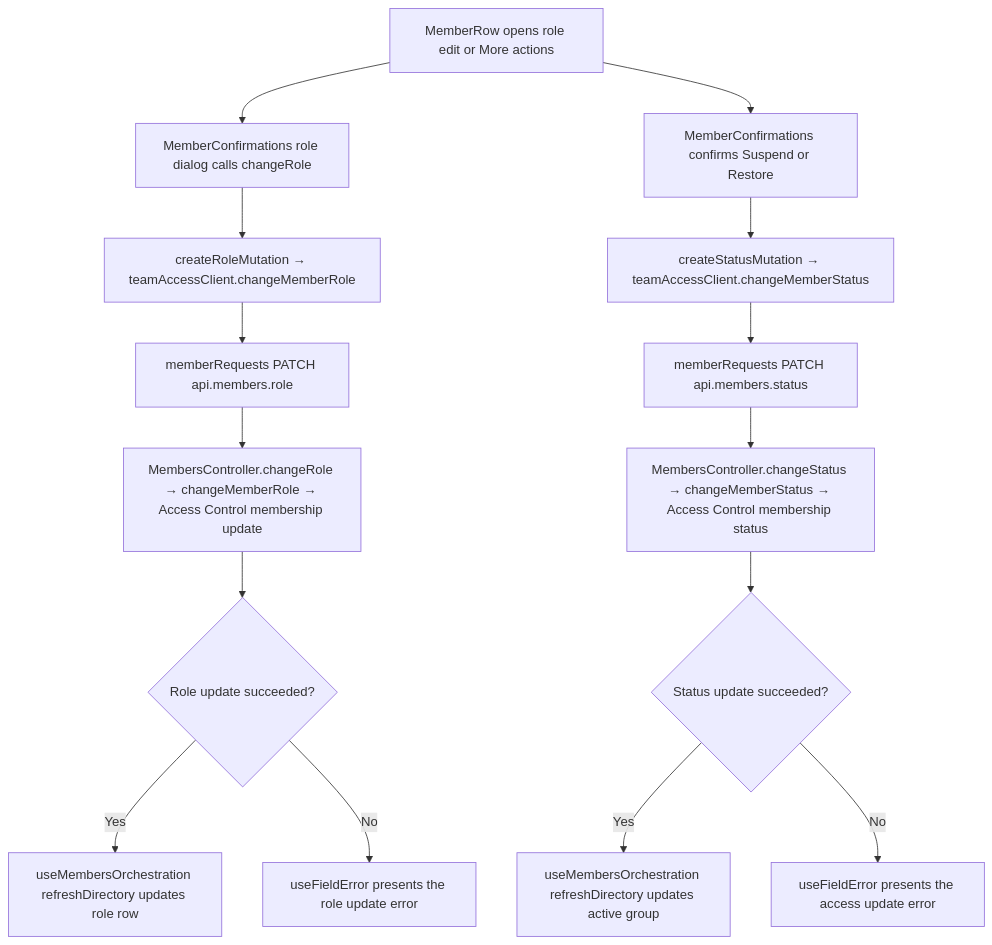
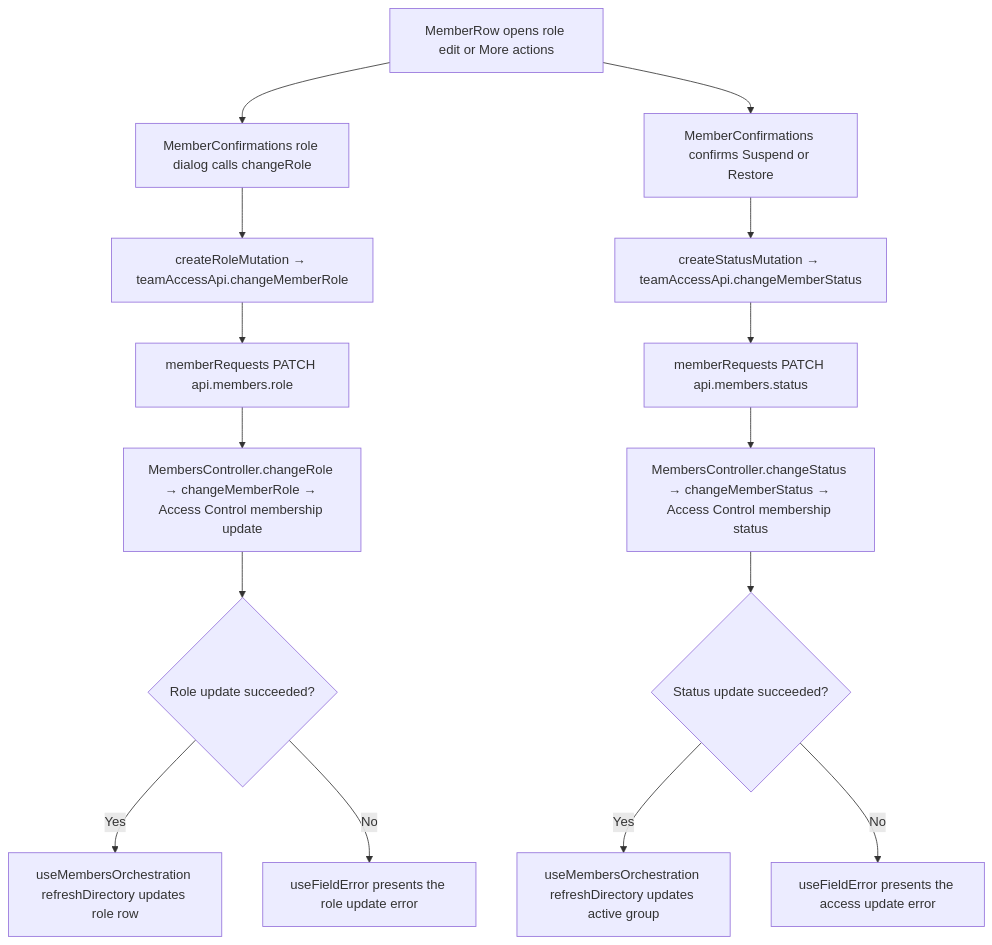
The second of 2 diagrams in user-stories/team/US-TEAM-06-change-membership.md (Kevinjohn/capacitylens), drawn with Mermaid before and after one commit. The commit also changed other lines of this file and 79 other files, not shown here.

First line of the commit message:
Client to Api: rename the typed HTTP modules

````diff
--- a/user-stories/team/US-TEAM-06-change-membership.md
+++ b/user-stories/team/US-TEAM-06-change-membership.md
@@ -37,17 +37,17 @@
 ```mermaid
 flowchart TD
     Row["MemberRow opens role edit or More actions"] --> RoleDialog["MemberConfirmations role dialog calls changeRole"]
-    RoleDialog --> RoleMutation["createRoleMutation → teamAccessClient.changeMemberRole"]
+    RoleDialog --> RoleMutation["createRoleMutation → teamAccessApi.changeMemberRole"]
     RoleMutation --> RoleAPI["memberRequests PATCH api.members.role"]
     RoleAPI --> RoleServer["MembersController.changeRole → changeMemberRole → Access Control membership update"]
     RoleServer --> RoleResult{"Role update succeeded?"}
     RoleResult -->|"Yes"| RefreshRole["useMembersOrchestration refreshDirectory updates role row"]
     RoleResult -->|"No"| RoleError["useFieldError presents the role update error"]
     Row --> StatusConfirm["MemberConfirmations confirms Suspend or Restore"]
-    StatusConfirm --> StatusMutation["createStatusMutation → teamAccessClient.changeMemberStatus"]
+    StatusConfirm --> StatusMutation["createStatusMutation → teamAccessApi.changeMemberStatus"]
     StatusMutation --> StatusAPI["memberRequests PATCH api.members.status"]
     StatusAPI --> StatusServer["MembersController.changeStatus → changeMemberStatus → Access Control membership status"]
     StatusServer --> StatusResult{"Status update succeeded?"}
     StatusResult -->|"Yes"| RefreshStatus["useMembersOrchestration refreshDirectory updates active group"]
     StatusResult -->|"No"| StatusError["useFieldError presents the access update error"]
 ```
````
